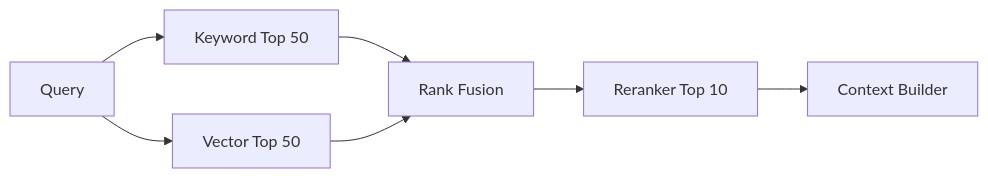
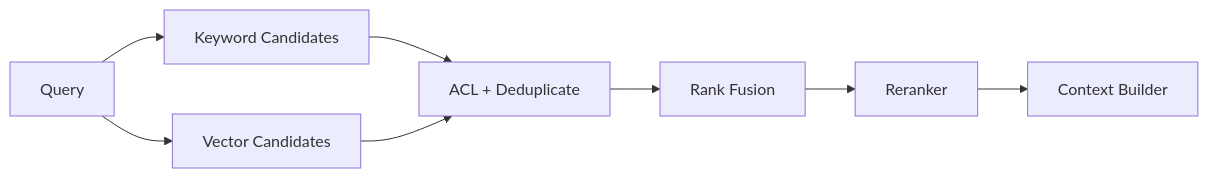
One commit to hyeongseoblim/systemdesign changed the diagram in apps/api/src/main/resources/content/ai-06-hybrid-retrieval-reranking.md. Above: the diagram before and after it, drawn with Mermaid. The commit also changed other lines of this file and 96 other files, not shown here.

````diff
--- a/apps/api/src/main/resources/content/ai-06-hybrid-retrieval-reranking.md
+++ b/apps/api/src/main/resources/content/ai-06-hybrid-retrieval-reranking.md
@@ -23,9 +23,10 @@
 ```mermaid
 flowchart LR
-    Q[Query] --> K[Keyword Top 50]
-    Q --> V[Vector Top 50]
-    K --> F[Rank Fusion]
-    V --> F
-    F --> R[Reranker Top 10]
+    Q[Query] --> K[Keyword Candidates]
+    Q --> V[Vector Candidates]
+    K --> A[ACL + Deduplicate]
+    V --> A
+    A --> F[Rank Fusion]
+    F --> R[Reranker]
     R --> C[Context Builder]
 ```
````
